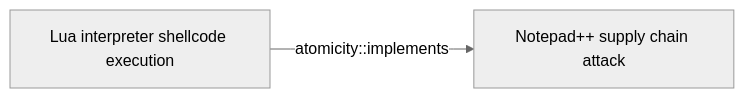
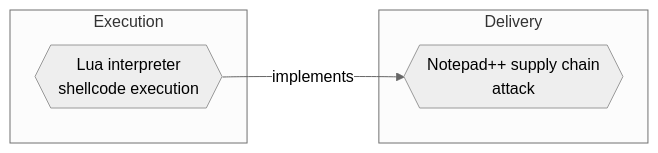
One commit to opentidehq/library changed the first of 2 diagrams in docs/threats/lua-interpreter-shellcode-execution.md. Above: the diagram before and after it, drawn with Mermaid (neutral theme). The commit also changed other lines of this file and 540 other files, not shown here.

````diff
--- a/docs/threats/lua-interpreter-shellcode-execution.md
+++ b/docs/threats/lua-interpreter-shellcode-execution.md
@@ -277,6 +280,10 @@
 ```mermaid
 flowchart LR
-bc365789_bdbb_4e78_b2ae_b097a7ccd35f["Lua interpreter shellcode execution"]
-8b7cae6f_b6cf_4414_9cdc_fe8c8ee7ee22["Notepad++ supply chain attack"]
-bc365789_bdbb_4e78_b2ae_b097a7ccd35f -->|atomicity::implements| 8b7cae6f_b6cf_4414_9cdc_fe8c8ee7ee22
+subgraph "Execution"
+bc365789_bdbb_4e78_b2ae_b097a7ccd35f{{"Lua interpreter<br>shellcode execution"}}
+end
+subgraph "Delivery"
+8b7cae6f_b6cf_4414_9cdc_fe8c8ee7ee22{{"Notepad++ supply chain<br>attack"}}
+end
+bc365789_bdbb_4e78_b2ae_b097a7ccd35f -->|implements| 8b7cae6f_b6cf_4414_9cdc_fe8c8ee7ee22
 ```
````
